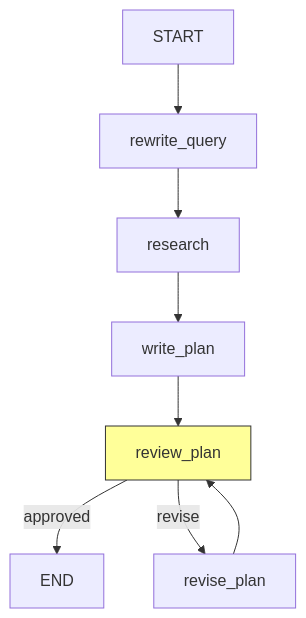
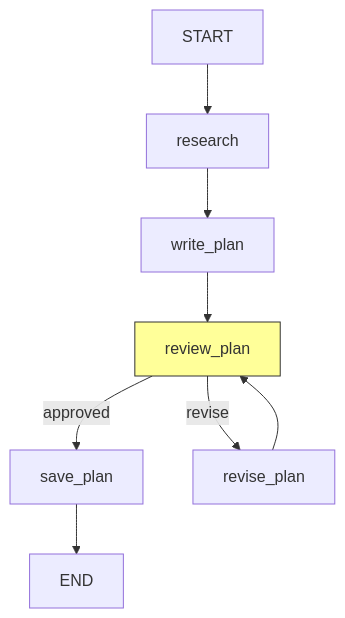
The diagram in backend/src/scientist_bin_backend/agents/plan/README.md (lblogan14/Scientist-Bin), drawn with Mermaid before and after one commit. The commit also changed other lines of this file and 17 other files, not shown here.

````diff
--- a/backend/src/scientist_bin_backend/agents/plan/README.md
+++ b/backend/src/scientist_bin_backend/agents/plan/README.md
@@ -7,11 +9,11 @@
 ```mermaid
 graph TD
-    A[START] --> B[rewrite_query]
-    B --> C[research]
-    C --> D[write_plan]
-    D --> E[review_plan]
-    E -->|approved| F[END]
-    E -->|revise| G[revise_plan]
-    G --> E
-    style E fill:#ff9,stroke:#333
+    A[START] --> B[research]
+    B --> C[write_plan]
+    C --> D[review_plan]
+    D -->|approved| E[save_plan]
+    E --> F[END]
+    D -->|revise| G[revise_plan]
+    G --> D
+    style D fill:#ff9,stroke:#333
 ```
````
